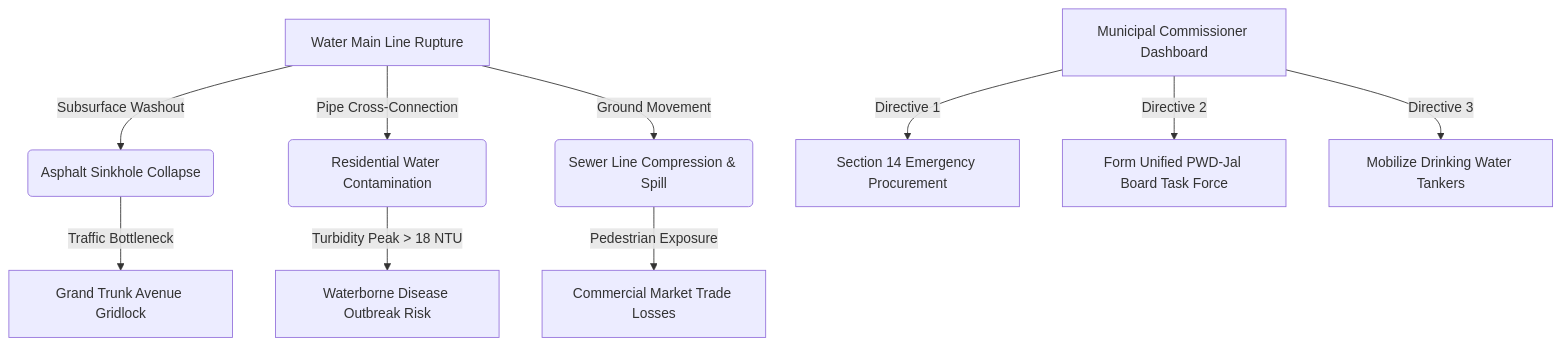
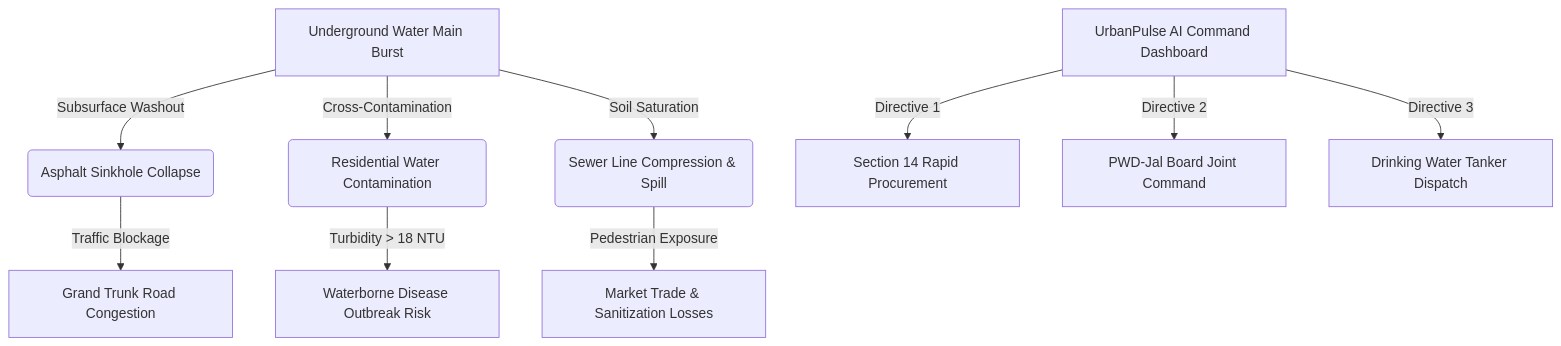
One commit to srijabhattacharyya23-dot/UrbanPulse-AI changed the first of 2 diagrams in README.md. Above: the diagram before and after it, drawn with Mermaid. The commit also changed other lines of this file and 1 other file, not shown here.

````diff
--- a/README.md
+++ b/README.md
@@ -14,14 +46,14 @@
 ```mermaid
 graph TD
-    A[Water Main Line Rupture] -->|Subsurface Washout| B(Asphalt Sinkhole Collapse)
-    A -->|Pipe Cross-Connection| C(Residential Water Contamination)
-    A -->|Ground Movement| D(Sewer Line Compression & Spill)
+    A[Underground Water Main Burst] -->|Subsurface Washout| B(Asphalt Sinkhole Collapse)
+    A -->|Cross-Contamination| C(Residential Water Contamination)
+    A -->|Soil Saturation| D(Sewer Line Compression & Spill)
     
-    B -->|Traffic Bottleneck| E[Grand Trunk Avenue Gridlock]
-    C -->|Turbidity Peak > 18 NTU| F[Waterborne Disease Outbreak Risk]
-    D -->|Pedestrian Exposure| G[Commercial Market Trade Losses]
+    B -->|Traffic Blockage| E[Grand Trunk Road Congestion]
+    C -->|Turbidity > 18 NTU| F[Waterborne Disease Outbreak Risk]
+    D -->|Pedestrian Exposure| G[Market Trade & Sanitization Losses]
     
-    H[Municipal Commissioner Dashboard] -->|Directive 1| I[Section 14 Emergency Procurement]
-    H -->|Directive 2| J[Form Unified PWD-Jal Board Task Force]
-    H -->|Directive 3| K[Mobilize Drinking Water Tankers]
+    H[UrbanPulse AI Command Dashboard] -->|Directive 1| I[Section 14 Rapid Procurement]
+    H -->|Directive 2| J[PWD-Jal Board Joint Command]
+    H -->|Directive 3| K[Drinking Water Tanker Dispatch]
 ```
````
